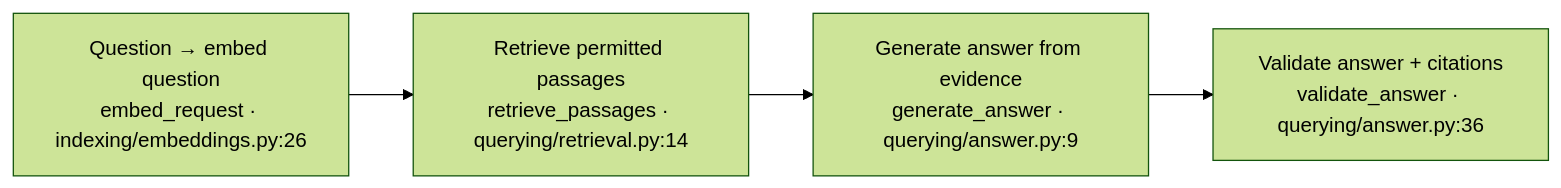
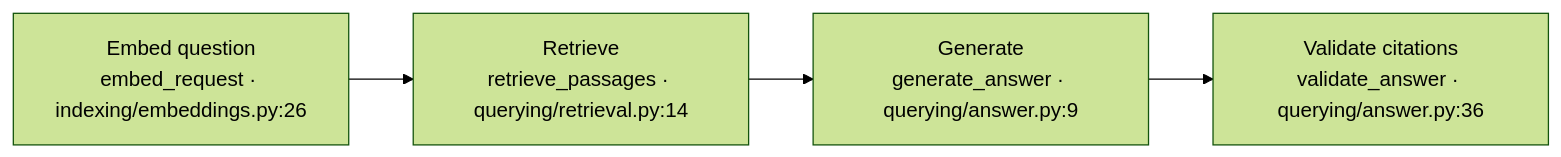
Before and after one commit to jerrybuks/relay-support-workbench: the second of 2 diagrams in docs/teaching/CONTACT_2_REHEARSAL_GUIDE.md, drawn with Mermaid (forest theme). The commit also changed other lines of this file, not shown here.

````diff
--- a/docs/teaching/CONTACT_2_REHEARSAL_GUIDE.md
+++ b/docs/teaching/CONTACT_2_REHEARSAL_GUIDE.md
@@ -125,6 +132,6 @@
 ```mermaid
 flowchart LR
-    Q["Question → embed question<br/>embed_request · indexing/embeddings.py:26"] --> R["Retrieve permitted passages<br/>retrieve_passages · querying/retrieval.py:14"]
-    R --> G["Generate answer from evidence<br/>generate_answer · querying/answer.py:9"]
-    G --> V["Validate answer + citations<br/>validate_answer · querying/answer.py:36"]
+    Q["Embed question<br/>embed_request · indexing/embeddings.py:26"] --> R["Retrieve<br/>retrieve_passages · querying/retrieval.py:14"]
+    R --> G["Generate<br/>generate_answer · querying/answer.py:9"]
+    G --> V["Validate citations<br/>validate_answer · querying/answer.py:36"]
 ```
````
